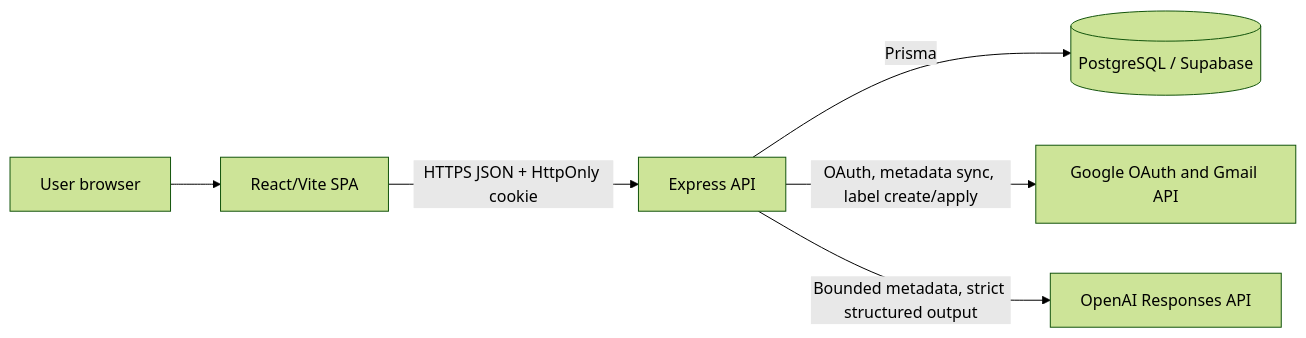
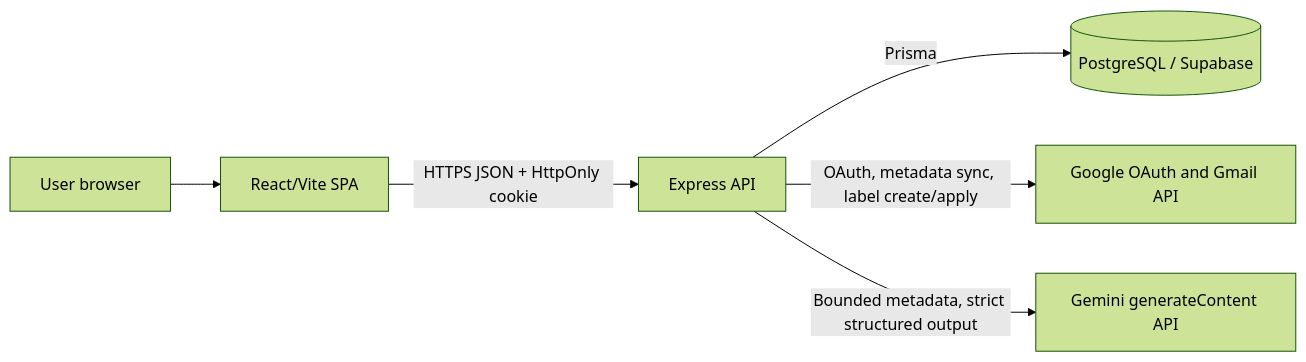
Before and after one commit to Asongwelewis/AI-email-organizer-for-gmail: the first of 5 diagrams in docs/architecture.md, drawn with Mermaid (forest theme). The commit also changed other lines of this file and 26 other files, not shown here.

````diff
--- a/docs/architecture.md
+++ b/docs/architecture.md
@@ -21,15 +21,15 @@
 ```mermaid
 flowchart LR
     U[User browser]
     W[React/Vite SPA]
     A[Express API]
     P[(PostgreSQL / Supabase)]
     G[Google OAuth and Gmail API]
-    C[OpenAI Responses API]
+    C[Gemini generateContent API]
 
     U --> W
     W -->|HTTPS JSON + HttpOnly cookie| A
     A -->|Prisma| P
     A -->|OAuth, metadata sync, label create/apply| G
     A -->|Bounded metadata, strict structured output| C
 ```
````
